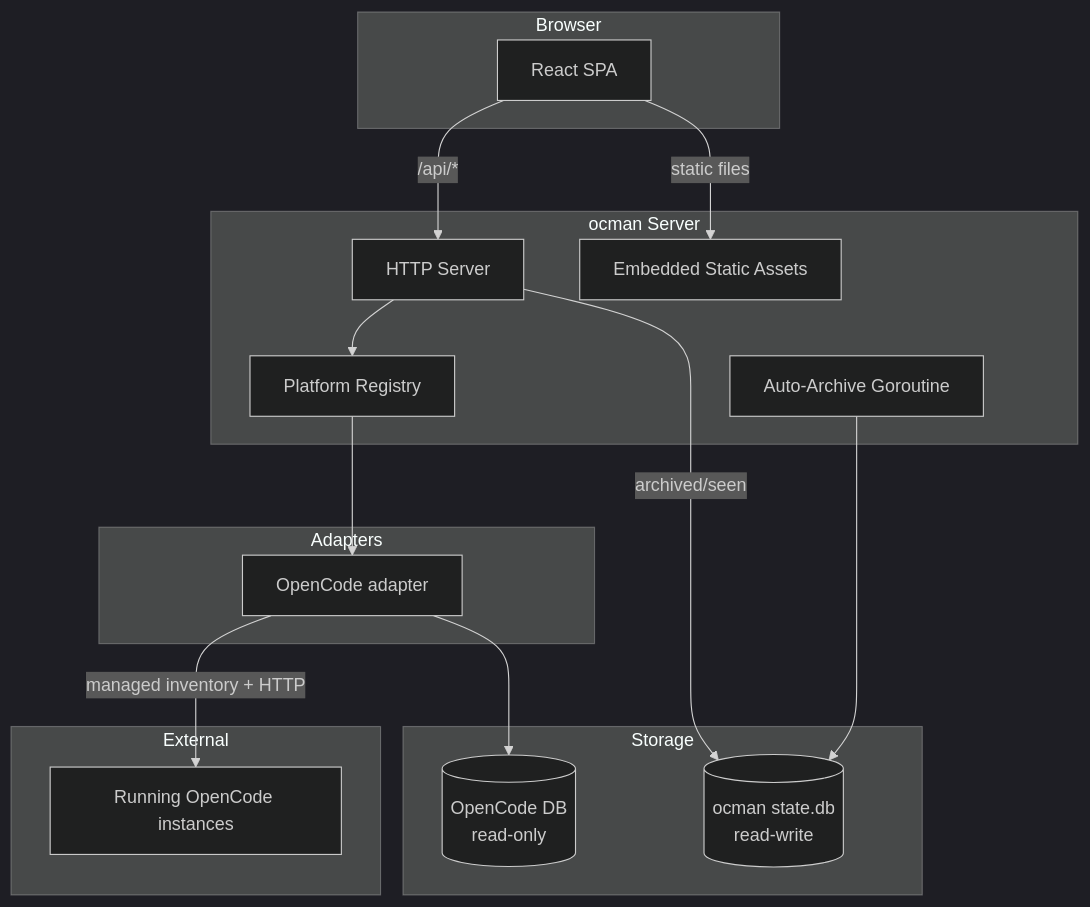
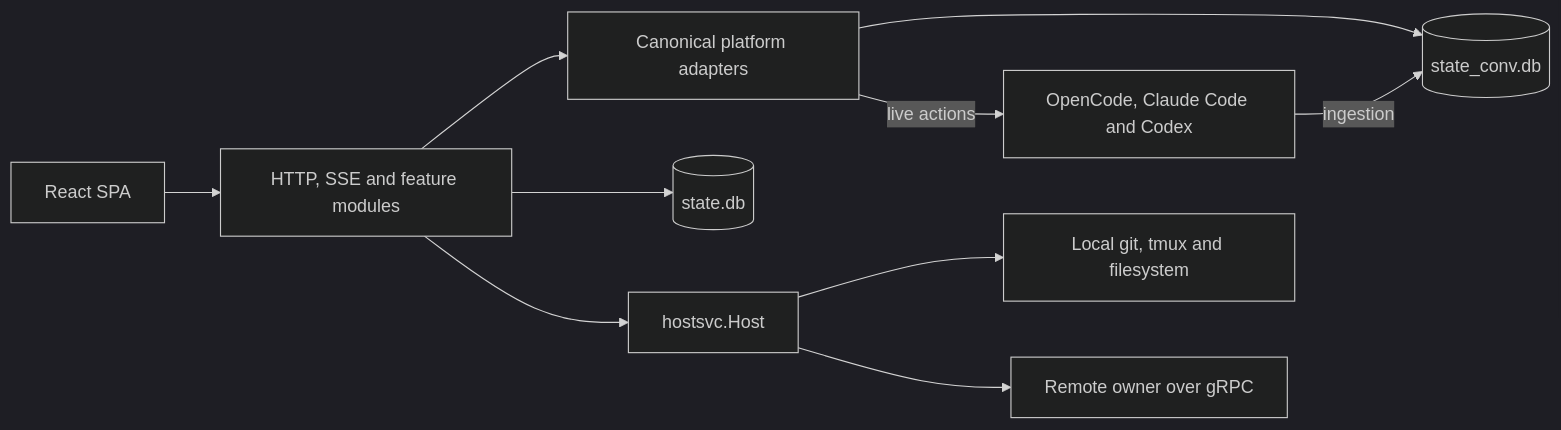
One commit to ocman/ocman changed the diagram in docs/other/contributing.md. Above: the diagram before and after it, drawn with Mermaid (dark theme). The commit also changed other lines of this file and 24 other files, not shown here.

Commit message:
docs: sync guides with current platforms and architecture

````diff
--- a/docs/other/contributing.md
+++ b/docs/other/contributing.md
@@ -8,35 +14,12 @@
 ```mermaid
-graph TD
-    subgraph Browser
-        SPA[React SPA]
-    end
-
-    subgraph ocman Server
-        HTTP[HTTP Server]
-        Static[Embedded Static Assets]
-        Registry[Platform Registry]
-        Archive[Auto-Archive Goroutine]
-    end
-
-    subgraph Adapters
-        OCAd[OpenCode adapter]
-    end
-
-    subgraph Storage
-        OC_DB[(OpenCode DB<br/>read-only)]
-        State_DB[(ocman state.db<br/>read-write)]
-    end
-
-    subgraph External
-        OC[Running OpenCode instances]
-    end
-
-    SPA -->|/api/*| HTTP
-    SPA -->|static files| Static
-    HTTP --> Registry
-    Registry --> OCAd
-    OCAd --> OC_DB
-    OCAd -->|managed inventory + HTTP| OC
-    HTTP -->|archived/seen| State_DB
-    Archive --> State_DB
+flowchart LR
+    Browser[React SPA] --> Server[HTTP, SSE and feature modules]
+    Server --> Platforms[Canonical platform adapters]
+    Platforms --> History[(state_conv.db)]
+    Native[OpenCode, Claude Code and Codex] -->|ingestion| History
+    Platforms -->|live actions| Native
+    Server --> State[(state.db)]
+    Server --> Host[hostsvc.Host]
+    Host --> Local[Local git, tmux and filesystem]
+    Host --> Remote[Remote owner over gRPC]
 ```
````
